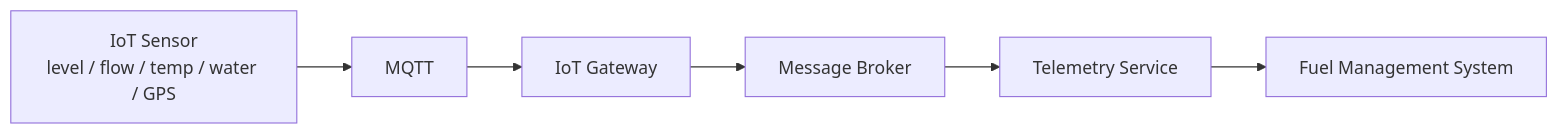
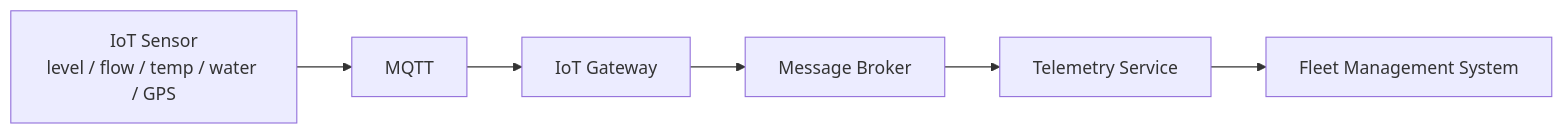
Before and after one commit to kmaisanquantum/NAC-Fuel-Management-System: the diagram in IOT_INTEGRATION.md, drawn with Mermaid. The commit also changed 11 other files, not shown here.

Commit message:
refactor: rebrand product name to Fleet Management System

````diff
--- a/IOT_INTEGRATION.md
+++ b/IOT_INTEGRATION.md
@@ -5,8 +5,8 @@
 ```mermaid
 flowchart LR
     SENSOR[IoT Sensor<br/>level / flow / temp / water / GPS] --> MQTT[MQTT]
     MQTT --> GW[IoT Gateway]
     GW --> BROKER[Message Broker]
     BROKER --> TELEMETRY[Telemetry Service]
-    TELEMETRY --> NAFMS[Fuel Management System]
+    TELEMETRY --> NAFMS[Fleet Management System]
 ```
````
